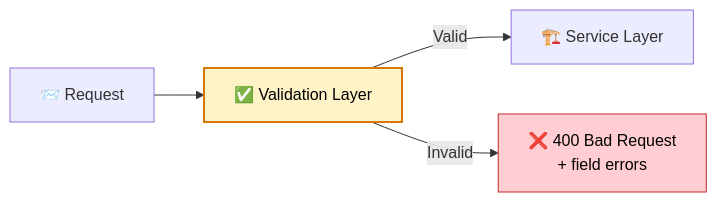
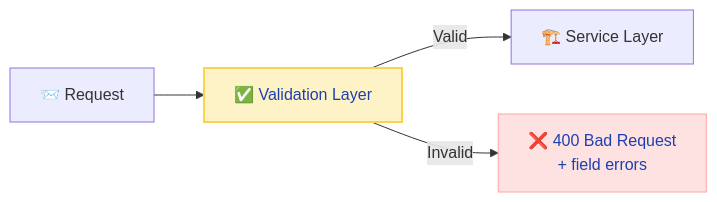
One commit to saivamsikaruturi/vamsilabs-dev-notes-main changed the diagram in docs/springboot/validation.md. Above: the diagram before and after it, drawn with Mermaid. The commit also changed 220 other files, not shown here.

First line of the commit message:
Add 50+ new Java/Spring Boot pages, rewrite CSS code blocks to Oracle style, fix all diagram colors

````diff
--- a/docs/springboot/validation.md
+++ b/docs/springboot/validation.md
@@ -10,9 +10,9 @@
 ```mermaid
 flowchart LR
     R["📨 Request"] --> V["✅ Validation Layer"]
     V -->|"Valid"| S["🏗️ Service Layer"]
     V -->|"Invalid"| E["❌ 400 Bad Request<br/>+ field errors"]
 
-    style V fill:#FEF3C7,stroke:#D97706,stroke-width:2px,color:#000
-    style E fill:#FFCDD2,stroke:#C62828,color:#000
+    style V fill:#FEF3C7,stroke:#FCD34D,stroke-width:2px,color:#1E40AF
+    style E fill:#FEE2E2,stroke:#FCA5A5,color:#1E40AF
 ```
````
